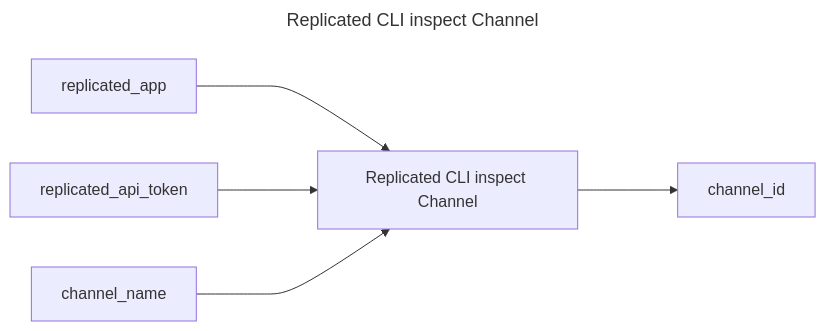
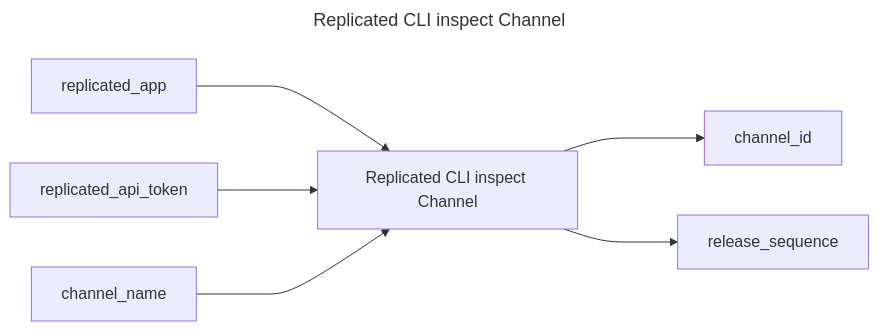
Before and after one commit to jdewinne/gh-actions: the diagram in cli-inspect-channel/README.md, drawn with Mermaid. The commit also changed 4 other files, not shown here.

````diff
--- a/cli-inspect-channel/README.md
+++ b/cli-inspect-channel/README.md
@@ -3,11 +3,12 @@
 ```mermaid
 ---
 title: Replicated CLI inspect Channel
 ---
 graph LR
 replicated_cli_inspect_channel["Replicated CLI inspect Channel"]
 replicated_app ---> replicated_cli_inspect_channel
 replicated_api_token ---> replicated_cli_inspect_channel
 channel_name ---> replicated_cli_inspect_channel
 replicated_cli_inspect_channel ---> channel_id
+replicated_cli_inspect_channel ---> release_sequence
 ```
````
